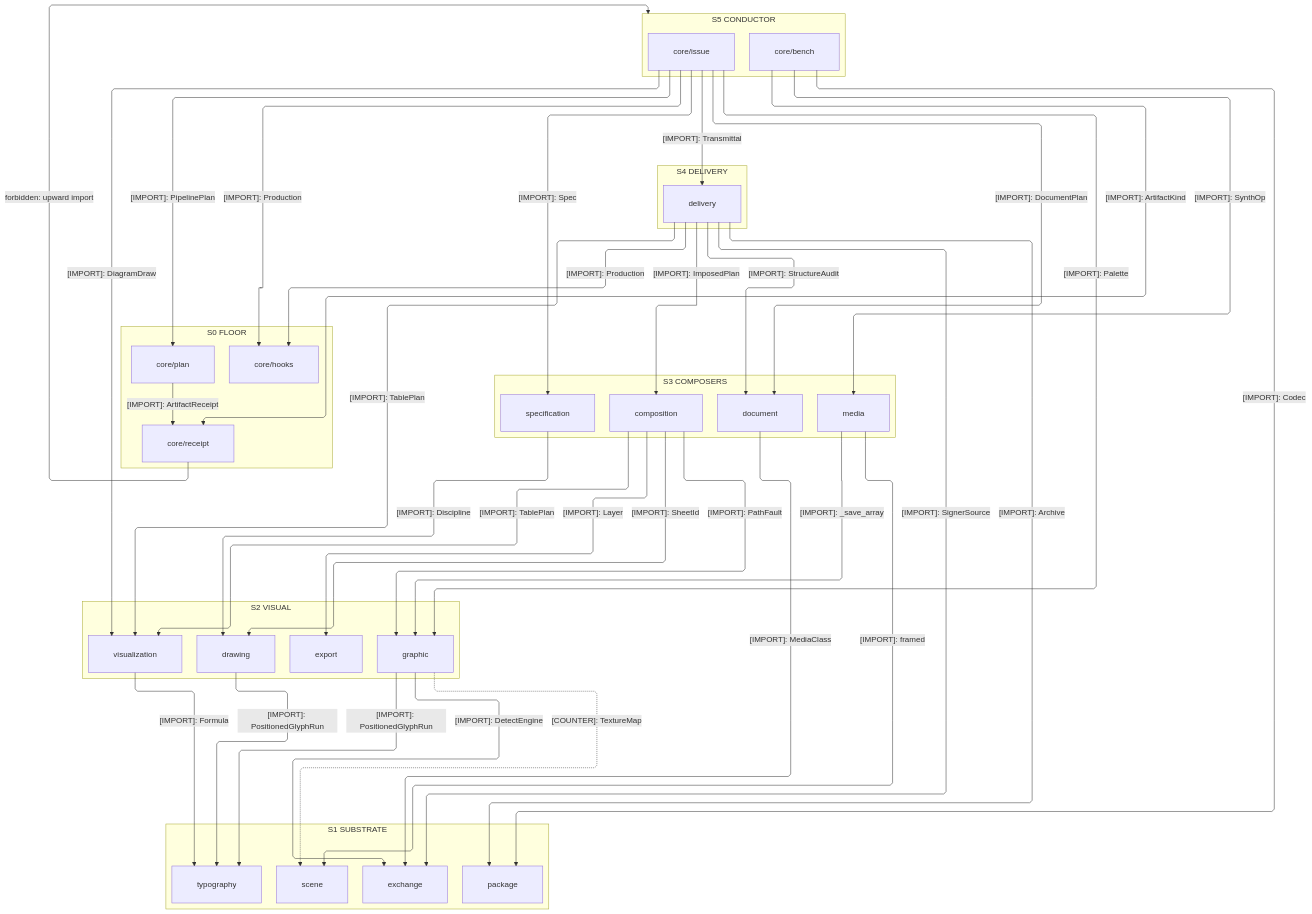
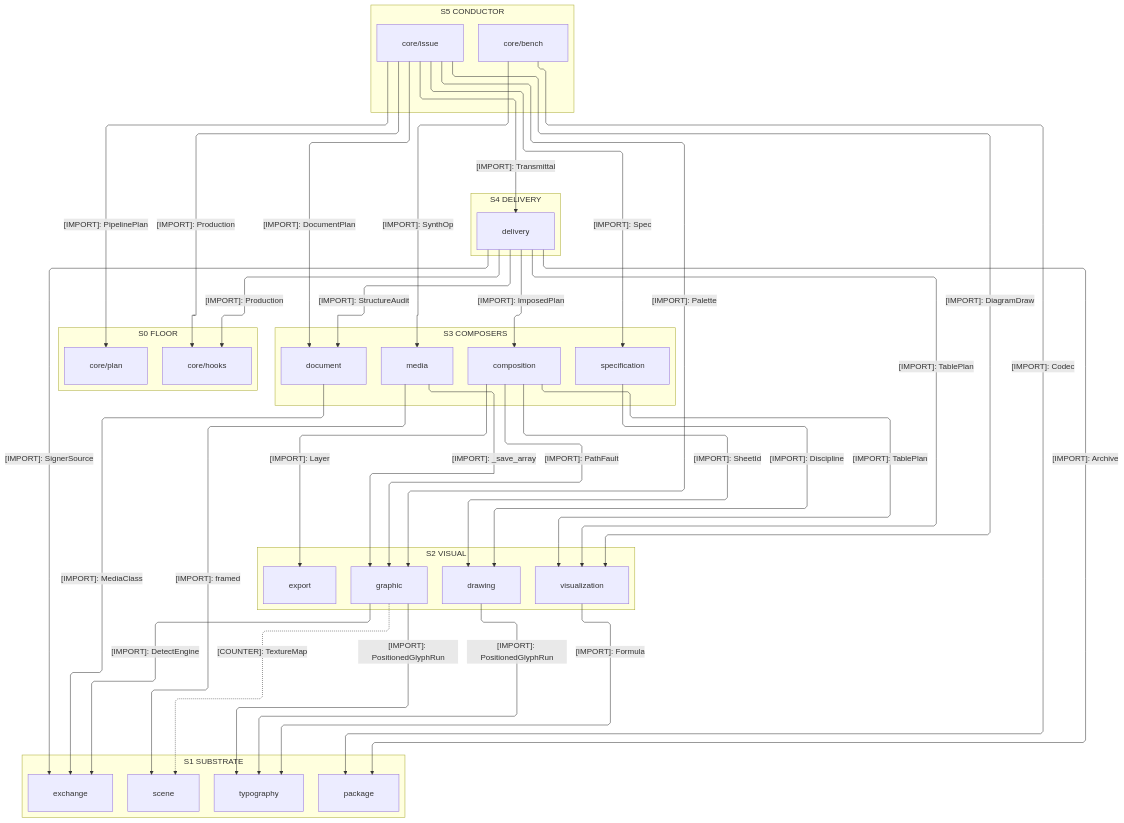
Before and after one commit to bsamiee/Rasm: the first of 3 diagrams in libs/python/artifacts/ARCHITECTURE.md, drawn with Mermaid. The commit also changed other lines of this file and 1417 other files, not shown here.

````diff
--- a/libs/python/artifacts/ARCHITECTURE.md
+++ b/libs/python/artifacts/ARCHITECTURE.md
@@ -117,73 +116,69 @@
 ```mermaid
 ---
 config:
   layout: elk
   flowchart:
     curve: linear
     padding: 25
 ---
 flowchart TB
     accTitle: Artifacts interior import strata
-    accDescr: Import strata from the issue conductor down to the plan-receipt floor, the TextureMap counter-edge crossing texture data to scene.
+    accDescr: Import strata from the issue conductor down to the plan and hook floor, the TextureMap counter-edge crossing texture data to scene.
     subgraph S5["S5 CONDUCTOR"]
         Issue[core/issue]
         Bench[core/bench]
     end
     subgraph S4["S4 DELIVERY"]
         Delivery[delivery]
     end
     subgraph S3["S3 COMPOSERS"]
         Media[media]
         Document[document]
         Composition[composition]
         Specification[specification]
     end
     subgraph S2["S2 VISUAL"]
         Graphic[graphic]
         Visualization[visualization]
         Drawing[drawing]
         Export[export]
     end
     subgraph S1["S1 SUBSTRATE"]
         Scene[scene]
         Typography[typography]
         Exchange[exchange]
         Package[package]
     end
     subgraph S0["S0 FLOOR"]
         Plan[core/plan]
-        Receipt[core/receipt]
         Hooks[core/hooks]
     end
     Issue e1@-->|"[IMPORT]: Transmittal"| Delivery
     Issue e2@-->|"[IMPORT]: DocumentPlan"| Document
     Issue e3@-->|"[IMPORT]: Spec"| Specification
     Issue e4@-->|"[IMPORT]: DiagramDraw"| Visualization
     Issue e5@-->|"[IMPORT]: Palette"| Graphic
     Issue e6@-->|"[IMPORT]: PipelinePlan"| Plan
     Delivery e7@-->|"[IMPORT]: ImposedPlan"| Composition
     Delivery e8@-->|"[IMPORT]: SignerSource"| Exchange
     Delivery e9@-->|"[IMPORT]: Archive"| Package
     Delivery e10@-->|"[IMPORT]: TablePlan"| Visualization
     Composition e11@-->|"[IMPORT]: Layer"| Export
     Composition e12@-->|"[IMPORT]: SheetId"| Drawing
     Composition e13@-->|"[IMPORT]: PathFault"| Graphic
     Composition e14@-->|"[IMPORT]: TablePlan"| Visualization
     Specification e15@-->|"[IMPORT]: Discipline"| Drawing
     Document e16@-->|"[IMPORT]: MediaClass"| Exchange
     Media e17@-->|"[IMPORT]: framed"| Scene
     Media e18@-->|"[IMPORT]: _save_array"| Graphic
     Graphic e19@-->|"[IMPORT]: PositionedGlyphRun"| Typography
     Graphic e20@-->|"[IMPORT]: DetectEngine"| Exchange
     Drawing e21@-->|"[IMPORT]: PositionedGlyphRun"| Typography
     Visualization e22@-->|"[IMPORT]: Formula"| Typography
-    Plan e23@-->|"[IMPORT]: ArtifactReceipt"| Receipt
     Issue e24@-->|"[IMPORT]: Production"| Hooks
     Bench e25@-->|"[IMPORT]: Codec"| Package
-    Bench e26@-->|"[IMPORT]: ArtifactKind"| Receipt
     Bench e27@-->|"[IMPORT]: SynthOp"| Media
     Delivery e28@-->|"[IMPORT]: Production"| Hooks
     Delivery e29@-->|"[IMPORT]: StructureAudit"| Document
     Graphic e30@-.->|"[COUNTER]: TextureMap"| Scene
-    Receipt f1@-->|"forbidden: upward import"| S5
 ```
````
